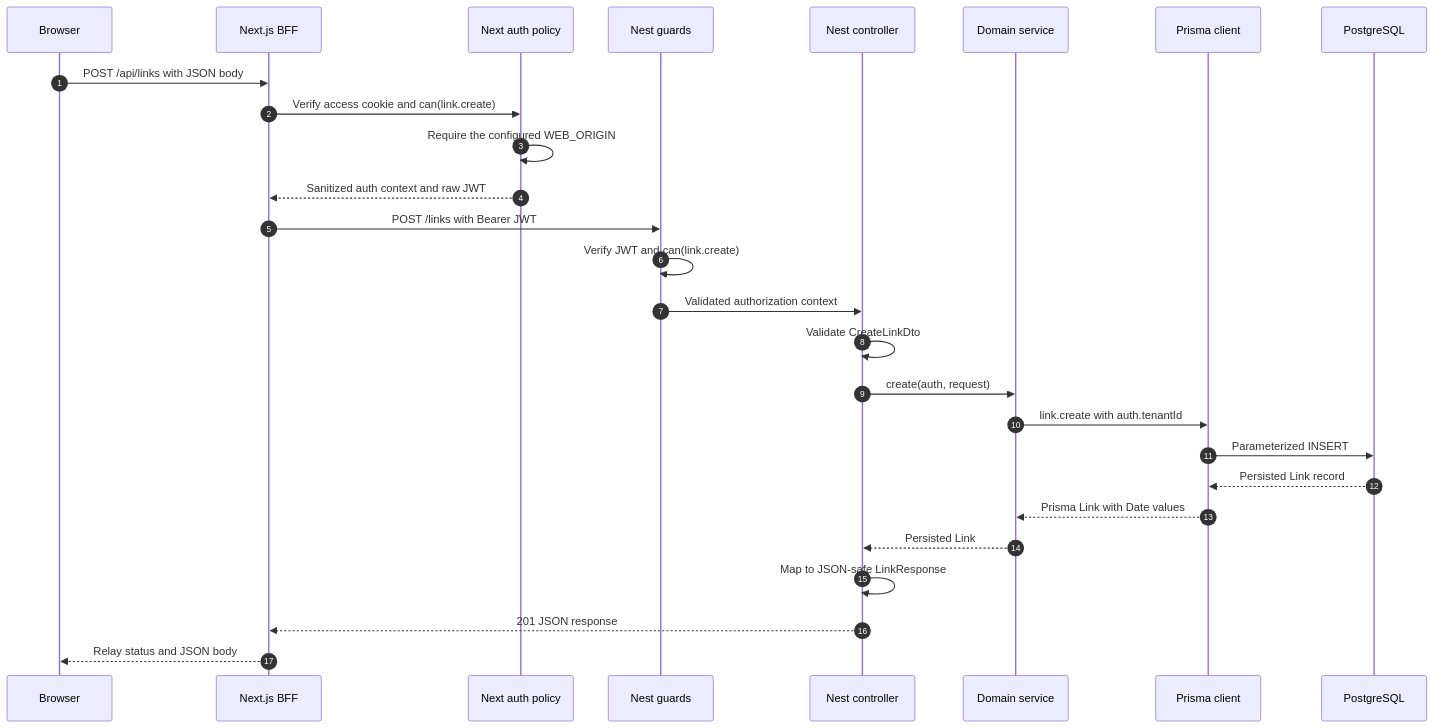
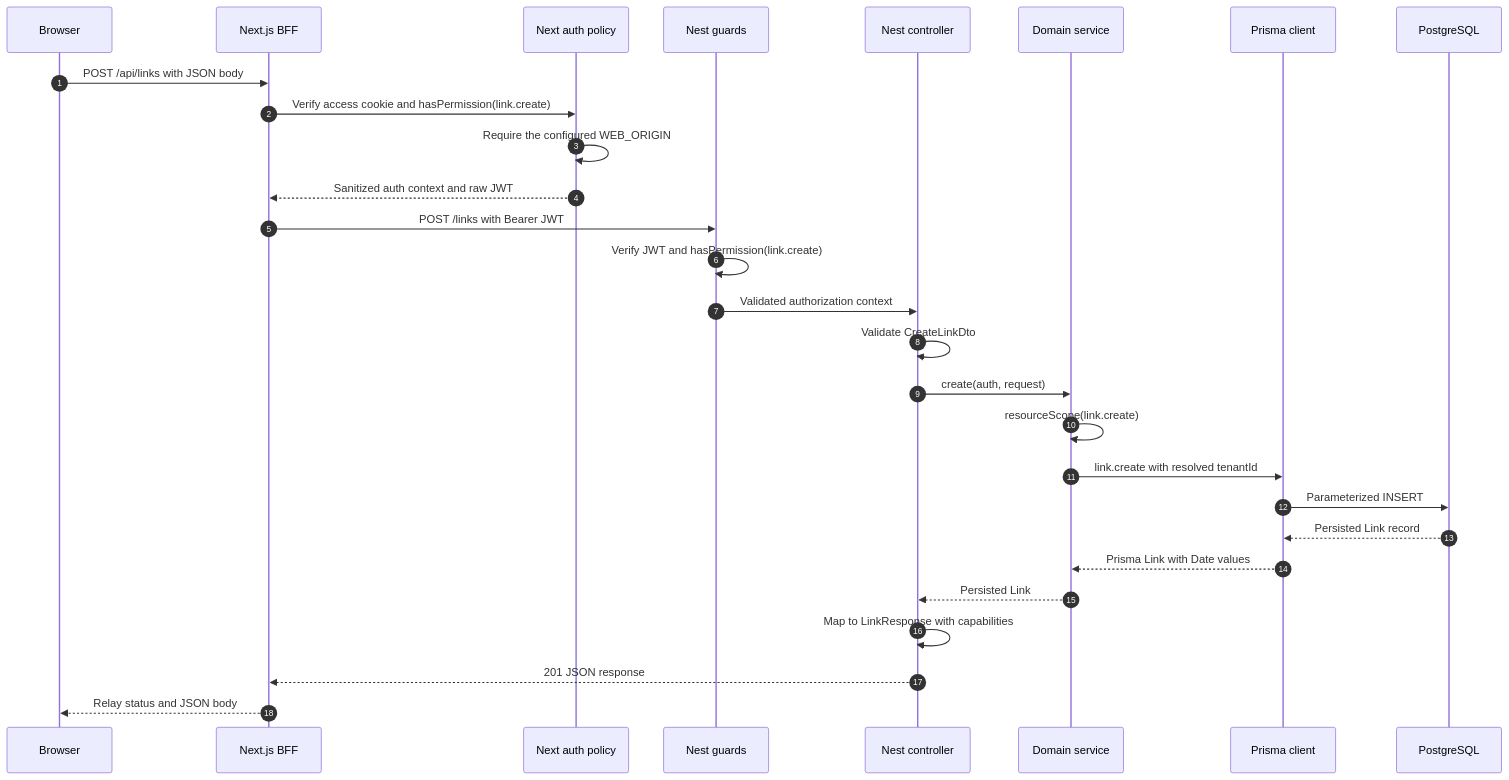
The fifth of 7 diagrams in docs/engineering/architecture-and-modules.md (korawit-ch/monex-turbo-starter-template), drawn with Mermaid before and after one commit. The commit also changed other lines of this file and 82 other files, not shown here.

First line of the commit message:
refactor(auth): authorize with signed action grants and resource scope

````diff
--- a/docs/engineering/architecture-and-modules.md
+++ b/docs/engineering/architecture-and-modules.md
@@ -273,30 +273,31 @@
 ```mermaid
 sequenceDiagram
   autonumber
   participant Browser
   participant BFF as Next.js BFF
   participant NextAuth as Next auth policy
   participant Guards as Nest guards
   participant Controller as Nest controller
   participant Service as Domain service
   participant Prisma as Prisma client
   participant DB as PostgreSQL
 
   Browser->>BFF: POST /api/links with JSON body
-  BFF->>NextAuth: Verify access cookie and can(link.create)
+  BFF->>NextAuth: Verify access cookie and hasPermission(link.create)
   NextAuth->>NextAuth: Require the configured WEB_ORIGIN
   NextAuth-->>BFF: Sanitized auth context and raw JWT
   BFF->>Guards: POST /links with Bearer JWT
-  Guards->>Guards: Verify JWT and can(link.create)
+  Guards->>Guards: Verify JWT and hasPermission(link.create)
   Guards->>Controller: Validated authorization context
   Controller->>Controller: Validate CreateLinkDto
   Controller->>Service: create(auth, request)
-  Service->>Prisma: link.create with auth.tenantId
+  Service->>Service: resourceScope(link.create)
+  Service->>Prisma: link.create with resolved tenantId
   Prisma->>DB: Parameterized INSERT
   DB-->>Prisma: Persisted Link record
   Prisma-->>Service: Prisma Link with Date values
   Service-->>Controller: Persisted Link
-  Controller->>Controller: Map to JSON-safe LinkResponse
+  Controller->>Controller: Map to LinkResponse with capabilities
   Controller-->>BFF: 201 JSON response
   BFF-->>Browser: Relay status and JSON body
 ```
````
